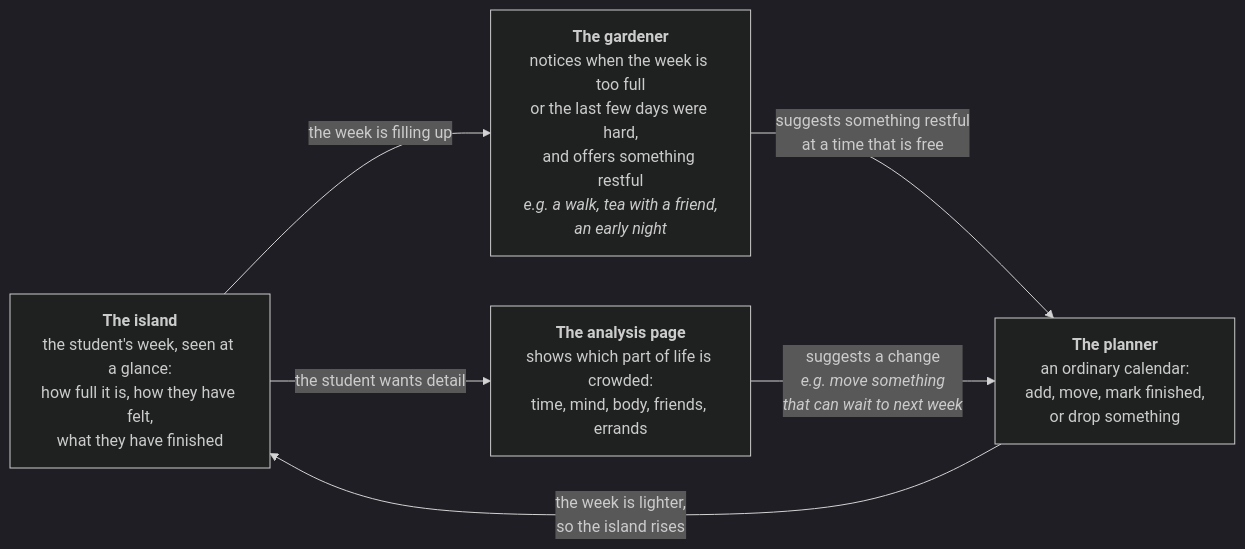
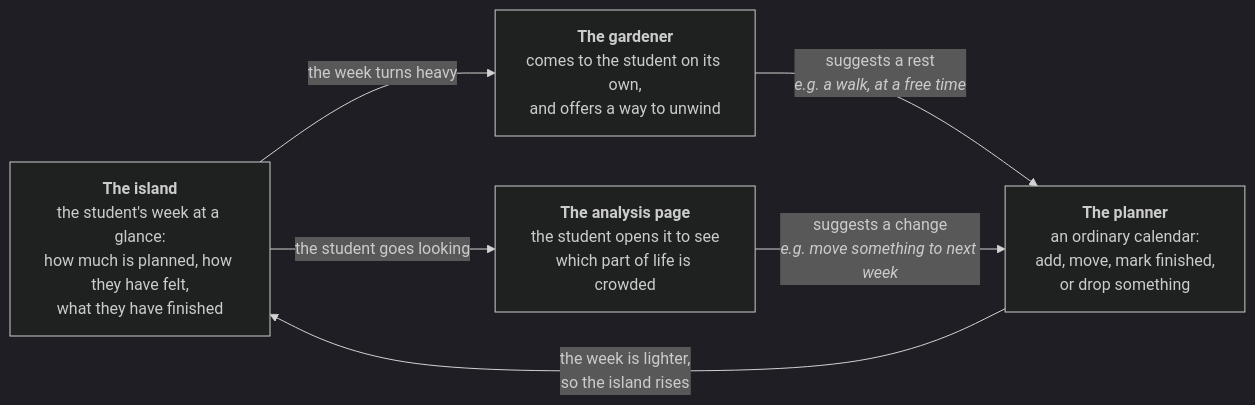
The first of 3 diagrams in README.md (25006675-png/Island_life), drawn with Mermaid (dark theme) before and after one commit.

Commit message:
Even branches in the loop: one comes to you, one you open

````diff
--- a/README.md
+++ b/README.md
@@ -314,13 +314,13 @@
 ```mermaid
 flowchart LR
-    Island["<b>The island</b><br/>the student's week, seen at a glance:<br/>how full it is, how they have felt,<br/>what they have finished"]
-    Gardener["<b>The gardener</b><br/>notices when the week is too full<br/>or the last few days were hard,<br/>and offers something restful<br/><i>e.g. a walk, tea with a friend,<br/>an early night</i>"]
-    Balance["<b>The analysis page</b><br/>shows which part of life is crowded:<br/>time, mind, body, friends, errands"]
+    Island["<b>The island</b><br/>the student's week at a glance:<br/>how much is planned, how they have felt,<br/>what they have finished"]
+    Gardener["<b>The gardener</b><br/>comes to the student on its own,<br/>and offers a way to unwind"]
+    Balance["<b>The analysis page</b><br/>the student opens it to see<br/>which part of life is crowded"]
     Planner["<b>The planner</b><br/>an ordinary calendar:<br/>add, move, mark finished,<br/>or drop something"]
 
-    Island -- "the week is filling up" --> Gardener
-    Island -- "the student wants detail" --> Balance
-    Gardener -- "suggests something restful<br/>at a time that is free" --> Planner
-    Balance -- "suggests a change<br/><i>e.g. move something<br/>that can wait to next week</i>" --> Planner
+    Island -- "the week turns heavy" --> Gardener
+    Island -- "the student goes looking" --> Balance
+    Gardener -- "suggests a rest<br/><i>e.g. a walk, at a free time</i>" --> Planner
+    Balance -- "suggests a change<br/><i>e.g. move something to next week</i>" --> Planner
     Planner -- "the week is lighter,<br/>so the island rises" --> Island
 ```
````
